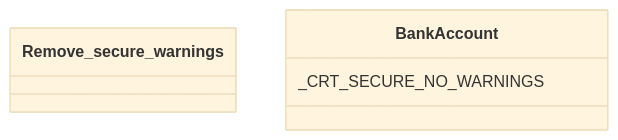
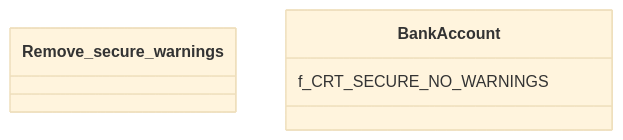
One commit to 3xx/DownloadFile changed the diagram in README.md. Above: the diagram before and after it, drawn with Mermaid (base theme).

````diff
--- a/README.md
+++ b/README.md
@@ -3,6 +3,6 @@
 ```mermaid
 classDiagram
 class Remove_secure_warnings
-BankAccount : _CRT_SECURE_NO_WARNINGS
+BankAccount : f_CRT_SECURE_NO_WARNINGS
 
 ```
````
